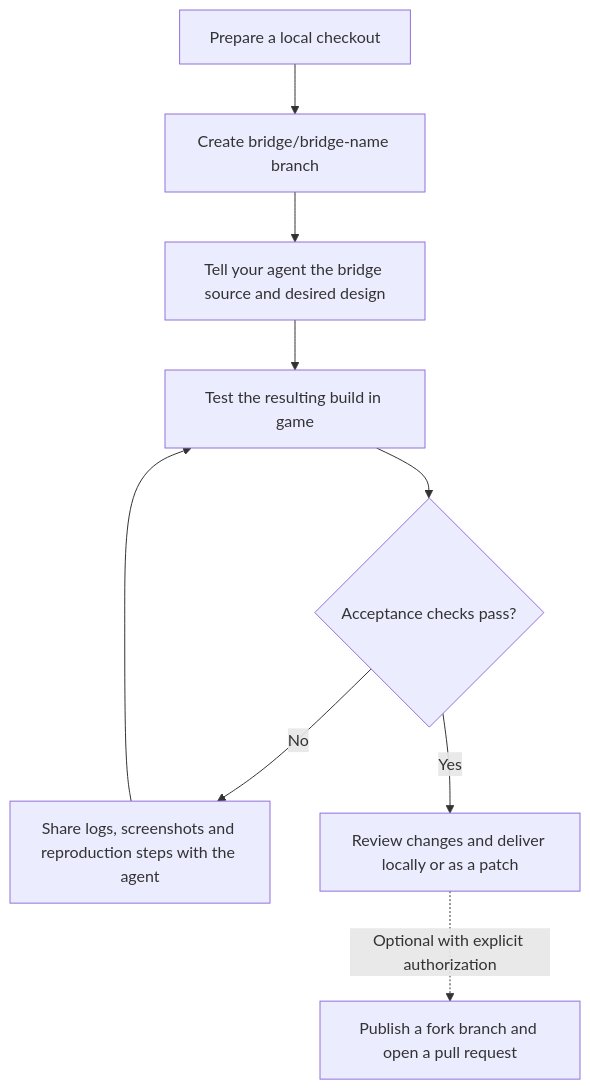
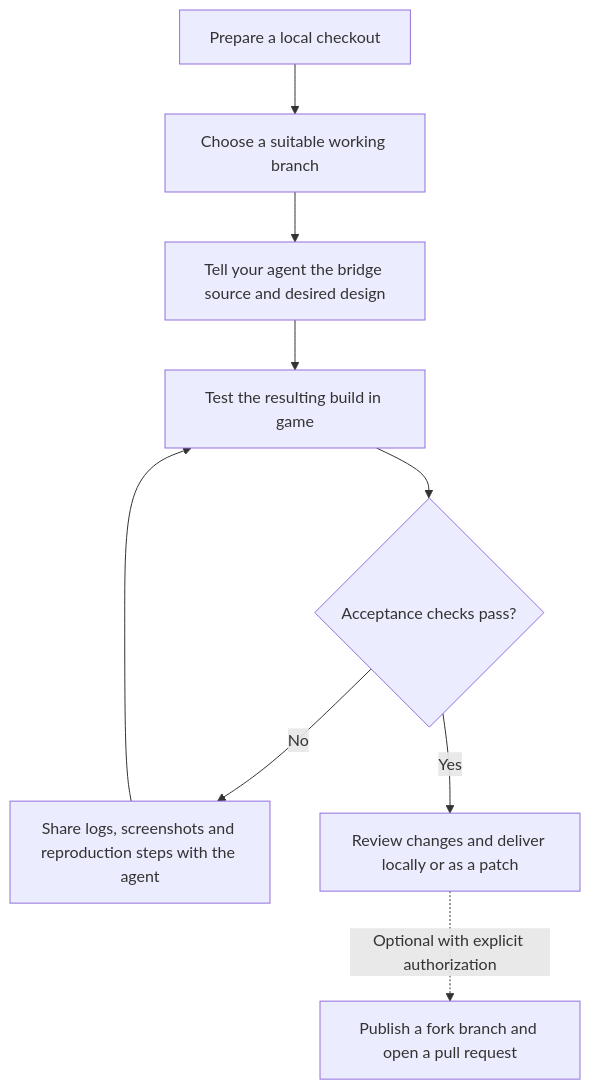
Before and after one commit to Chengxuan-He/CS2BridgeBuilder: the diagram in README.md, drawn with Mermaid. The commit also changed other lines of this file and 2680 other files, not shown here.

````diff
--- a/README.md
+++ b/README.md
@@ -243,11 +260,11 @@
 ```mermaid
 flowchart TD
-    A[Prepare a local checkout] --> B[Create bridge/bridge-name branch]
+    A[Prepare a local checkout] --> B[Choose a suitable working branch]
     B --> C[Tell your agent the bridge source and desired design]
     C --> F[Test the resulting build in game]
     F --> G{Acceptance checks pass?}
     G -- No --> H[Share logs, screenshots and reproduction steps with the agent]
     H --> F
     G -- Yes --> I[Review changes and deliver locally or as a patch]
     I -. Optional with explicit authorization .-> J[Publish a fork branch and open a pull request]
 ```
````
